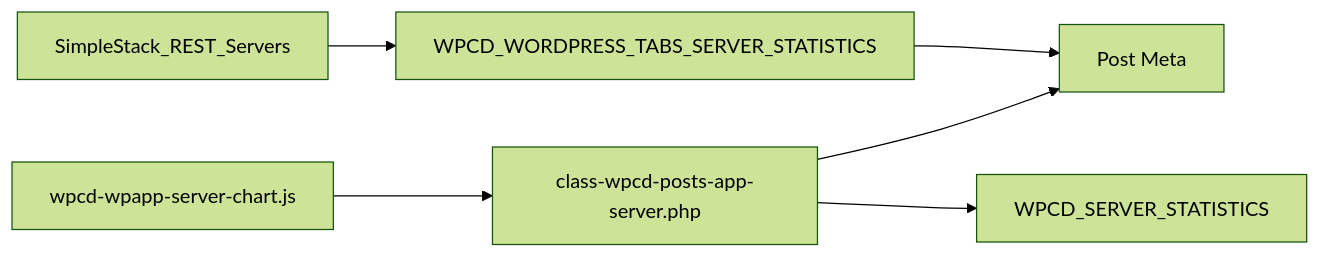
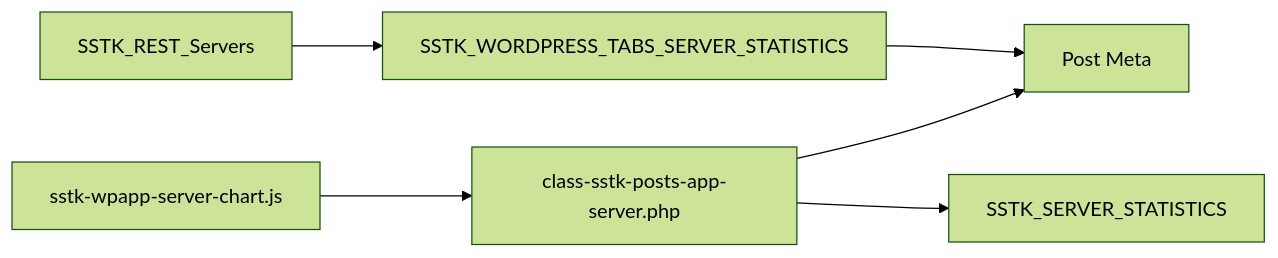
One commit to onedogsolutions/simple-stack changed the seventh of 7 diagrams in .qoder/repowiki/en/content/Operational Tools/Monitoring Solutions/Built-in Server Statistics Collection.md. Above: the diagram before and after it, drawn with Mermaid (forest theme). The commit also changed other lines of this file and 5941 other files, not shown here.

First line of the commit message:
refactor(core): rebrand WPCloudDeploy to Simple Stack with new namespaces and prefixes

````diff
--- a/.qoder/repowiki/en/content/Operational Tools/Monitoring Solutions/Built-in Server Statistics Collection.md
+++ b/.qoder/repowiki/en/content/Operational Tools/Monitoring Solutions/Built-in Server Statistics Collection.md
@@ -269,8 +269,8 @@
 ```mermaid
 graph LR
-REST["SimpleStack_REST_Servers"] --> TAB["WPCD_WORDPRESS_TABS_SERVER_STATISTICS"]
+REST["SSTK_REST_Servers"] --> TAB["SSTK_WORDPRESS_TABS_SERVER_STATISTICS"]
 TAB --> META["Post Meta"]
-PHP["class-wpcd-posts-app-server.php"] --> STATS["WPCD_SERVER_STATISTICS"]
+PHP["class-sstk-posts-app-server.php"] --> STATS["SSTK_SERVER_STATISTICS"]
 PHP --> META
-FE["wpcd-wpapp-server-chart.js"] --> PHP
+FE["sstk-wpapp-server-chart.js"] --> PHP
 ```
````
